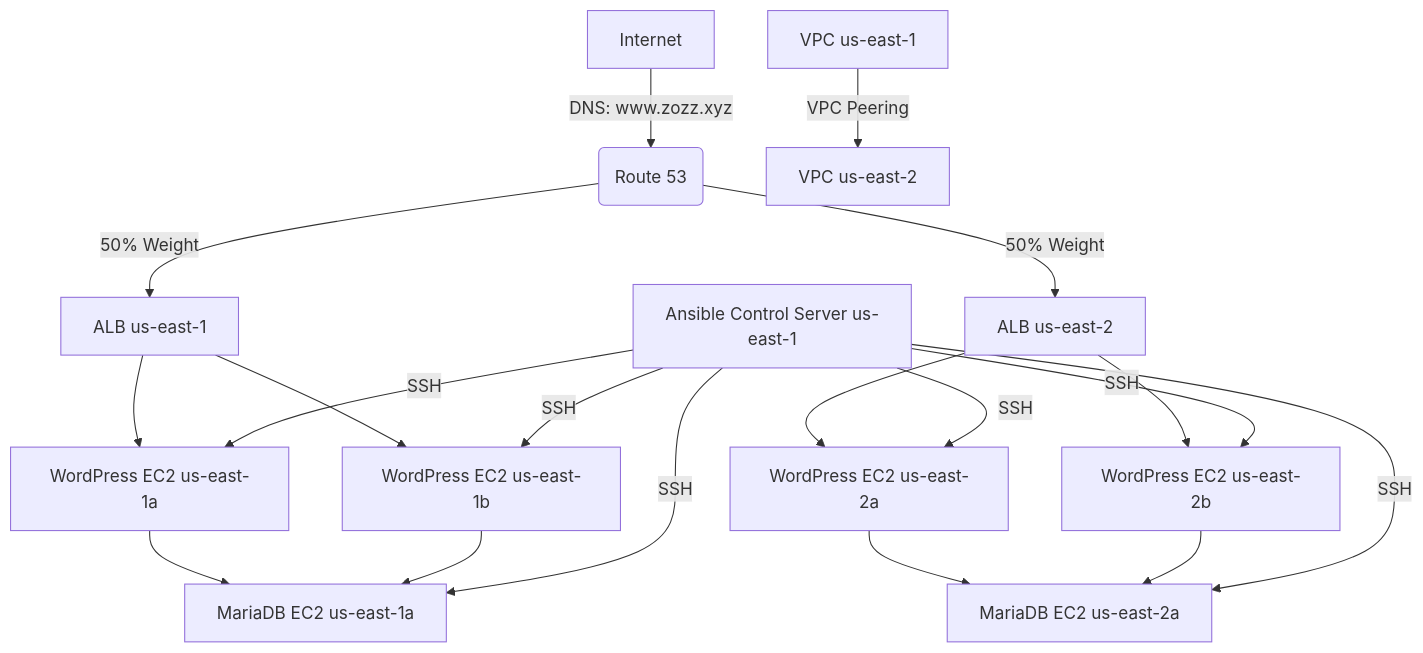
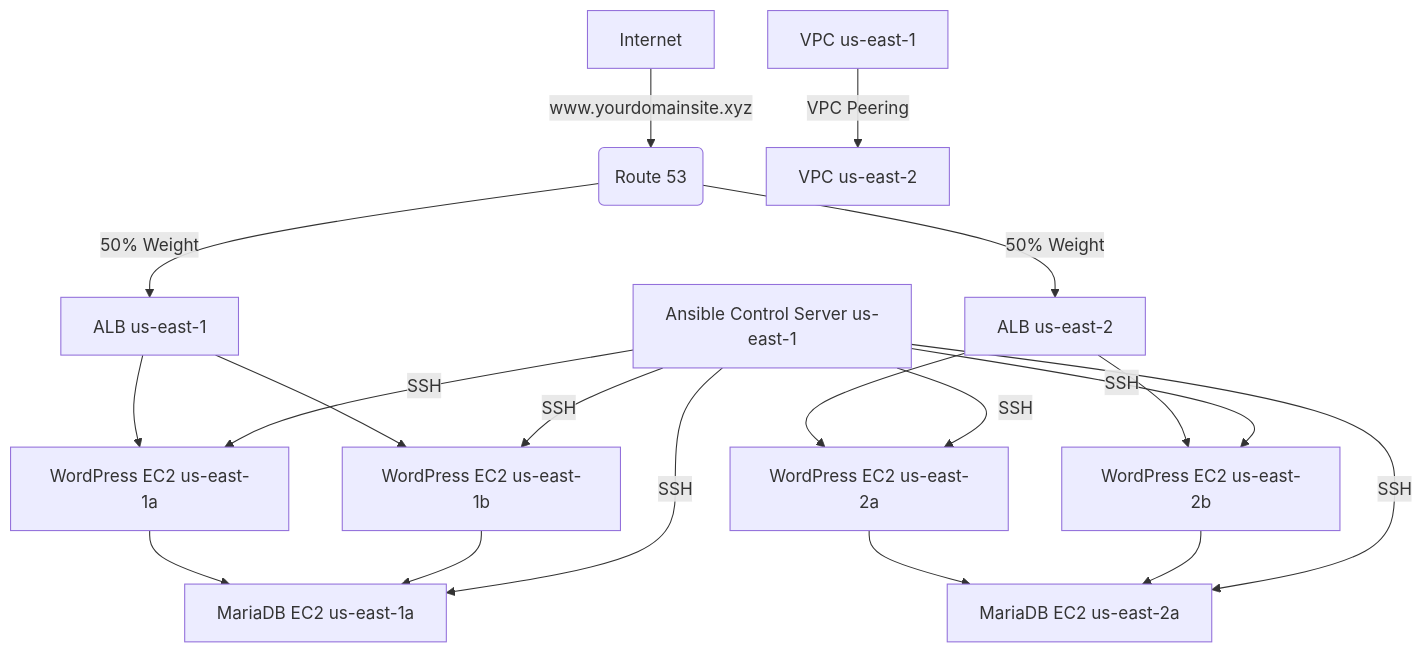
Before and after one commit to Ziad-Assem/Terraform-Ansible-AWS-Wordpress-Project: the diagram in README.md, drawn with Mermaid. The commit also changed other lines of this file, not shown here.

````diff
--- a/README.md
+++ b/README.md
@@ -24,21 +24,21 @@
 ```mermaid
 graph TD
-    A[Internet] -->|DNS: www.zozz.xyz| B(Route 53)
+    A[Internet] -->|www.yourdomainsite.xyz| B(Route 53)
     B -->|50% Weight| C[ALB us-east-1]
     B -->|50% Weight| D[ALB us-east-2]
     C --> E[WordPress EC2 us-east-1a]
     C --> F[WordPress EC2 us-east-1b]
     D --> G[WordPress EC2 us-east-2a]
     D --> H[WordPress EC2 us-east-2b]
     E --> I[MariaDB EC2 us-east-1a]
     F --> I
     G --> J[MariaDB EC2 us-east-2a]
     H --> J
     K[Ansible Control Server us-east-1] -->|SSH| E
     K -->|SSH| F
     K -->|SSH| I
     K -->|SSH| G
     K -->|SSH| H
     K -->|SSH| J
     L[VPC us-east-1] -->|VPC Peering| M[VPC us-east-2]
 ```
````
